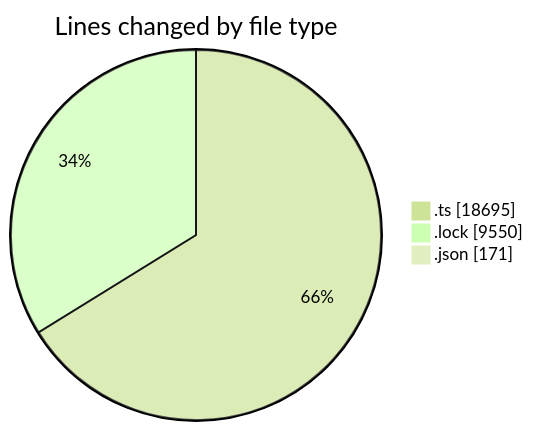
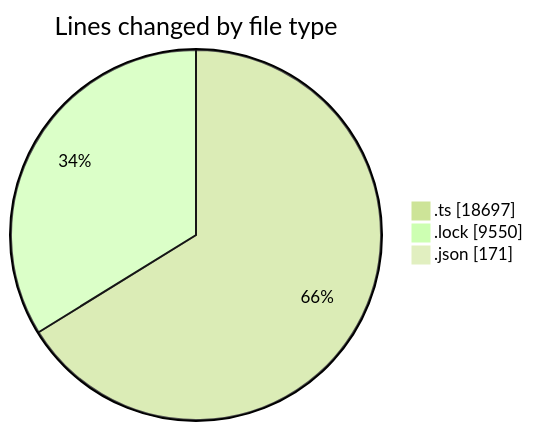
One commit to momahboobian/code-tracking changed the first of 2 diagrams in 2025-10-30/cda/README.md. Above: the diagram before and after it, drawn with Mermaid (forest theme). The commit also changed other lines of this file and 1 other file, not shown here.

````diff
--- a/2025-10-30/cda/README.md
+++ b/2025-10-30/cda/README.md
@@ -29,7 +29,7 @@
 ```mermaid
 pie showData
 title Lines changed by file type
-".ts" : 18695
+".ts" : 18697
 ".lock" : 9550
 ".json" : 171
 ```
````
